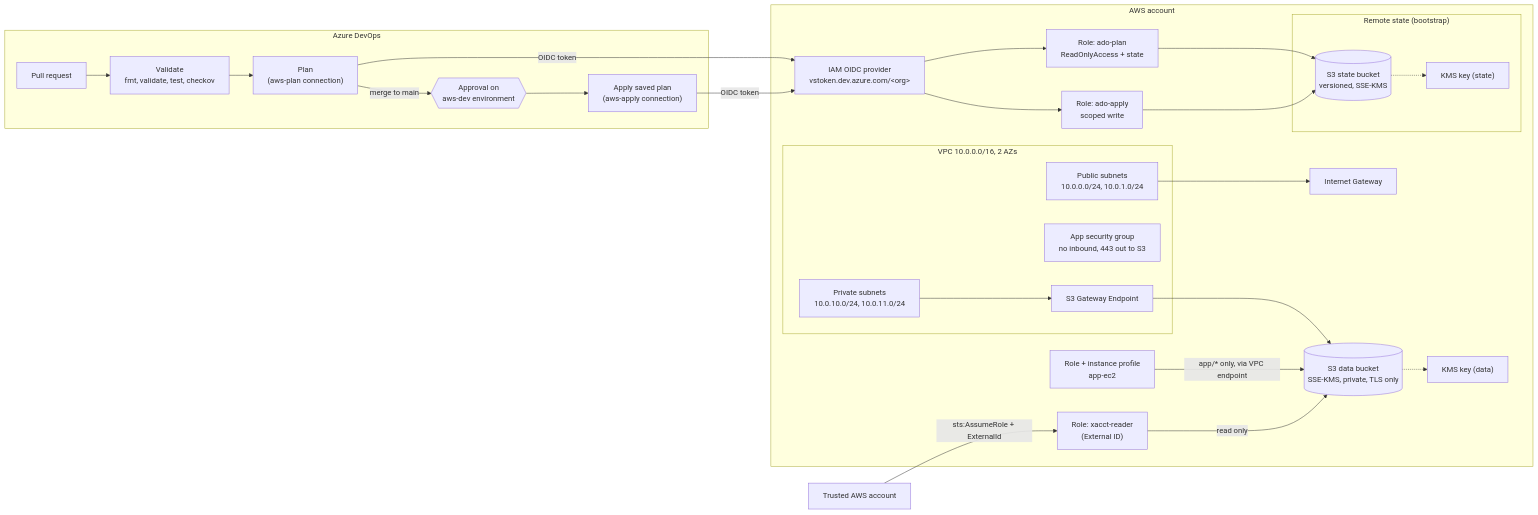
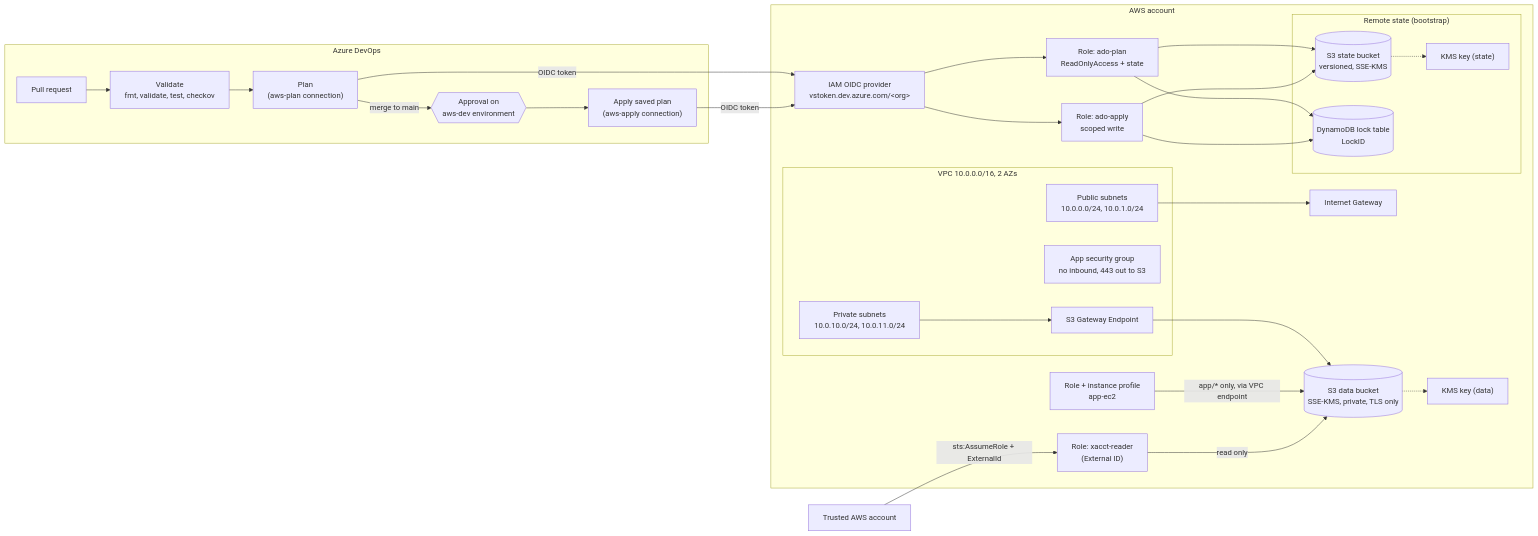
Before and after one commit to nasimbayati/terraform-aws-platform: the diagram in README.md, drawn with Mermaid. The commit also changed other lines of this file and 8 other files, not shown here.

First line of the commit message:
Add DynamoDB state lock table alongside S3 native locking [skip ci]

````diff
--- a/README.md
+++ b/README.md
@@ -11,44 +11,46 @@
 ```mermaid
 flowchart LR
   subgraph ado["Azure DevOps"]
     pr["Pull request"] --> v["Validate<br/>fmt, validate, test, checkov"]
     v --> p["Plan<br/>(aws-plan connection)"]
     p -- "merge to main" --> gate{{"Approval on<br/>aws-dev environment"}}
     gate --> a["Apply saved plan<br/>(aws-apply connection)"]
   end
 
   subgraph aws["AWS account"]
     oidc["IAM OIDC provider<br/>vstoken.dev.azure.com/&lt;org&gt;"]
     planRole["Role: ado-plan<br/>ReadOnlyAccess + state"]
     applyRole["Role: ado-apply<br/>scoped write"]
     subgraph state["Remote state (bootstrap)"]
       sb[("S3 state bucket<br/>versioned, SSE-KMS")]
       sk["KMS key (state)"]
+      lt[("DynamoDB lock table<br/>LockID")]
     end
 
     subgraph vpc["VPC 10.0.0.0/16, 2 AZs"]
       pub["Public subnets<br/>10.0.0.0/24, 10.0.1.0/24"]
       priv["Private subnets<br/>10.0.10.0/24, 10.0.11.0/24"]
       sg["App security group<br/>no inbound, 443 out to S3"]
       gwe["S3 Gateway Endpoint"]
     end
     igw["Internet Gateway"]
     db[("S3 data bucket<br/>SSE-KMS, private, TLS only")]
     dk["KMS key (data)"]
     appRole["Role + instance profile<br/>app-ec2"]
     xRole["Role: xacct-reader<br/>(External ID)"]
   end
 
   other["Trusted AWS account"]
 
   p -- "OIDC token" --> oidc
   a -- "OIDC token" --> oidc
   oidc --> planRole & applyRole
   planRole & applyRole --> sb
+  planRole & applyRole --> lt
   sb -.-> sk
   pub --> igw
   priv --> gwe --> db
   db -.-> dk
   appRole -- "app/* only, via VPC endpoint" --> db
   other -- "sts:AssumeRole + ExternalId" --> xRole -- "read only" --> db
 ```
````
